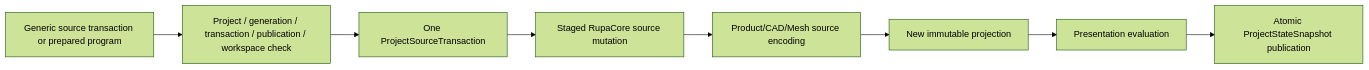
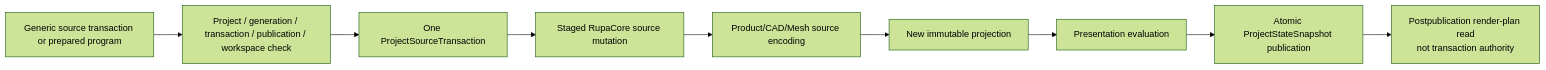
One commit to 1amageek/Rupa changed the first of 4 diagrams in RupaKit/Sources/RupaProject/DESIGN.md. Above: the diagram before and after it, drawn with Mermaid (forest theme). The commit also changed other lines of this file and 13 other files, not shown here.

````diff
--- a/RupaKit/Sources/RupaProject/DESIGN.md
+++ b/RupaKit/Sources/RupaProject/DESIGN.md
@@ -42,10 +42,11 @@
 ```mermaid
 flowchart LR
     Request["Generic source transaction or prepared program"] --> Coordinate["Project / generation / transaction / publication / workspace check"]
     Coordinate --> SourceTx["One ProjectSourceTransaction"]
     SourceTx --> Core["Staged RupaCore source mutation"]
     Core --> Sources["Product/CAD/Mesh source encoding"]
     Sources --> Projection["New immutable projection"]
     Projection --> Evaluation["Presentation evaluation"]
     Evaluation --> Publish["Atomic ProjectStateSnapshot publication"]
+    Publish --> Derived["Postpublication render-plan read\nnot transaction authority"]
 ```
````
